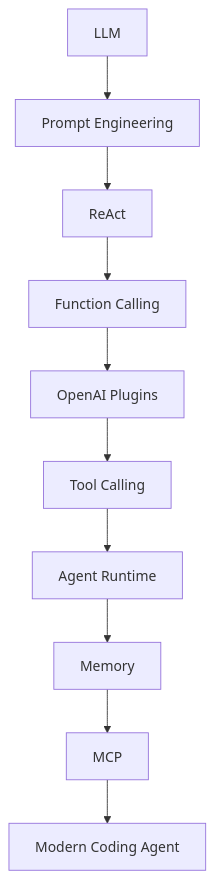
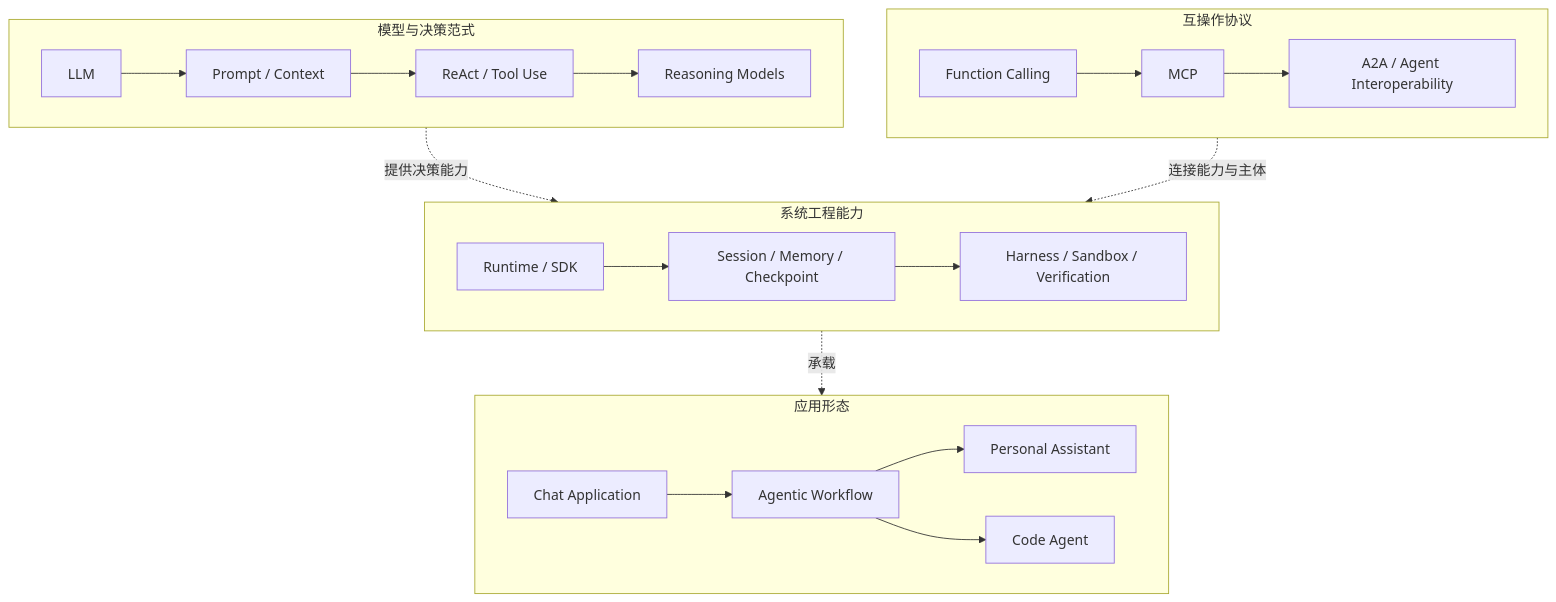
The first of 4 diagrams in docs/chapters/01-introduction/README.md (dollarser/modern-ai-agent-architecture), drawn with Mermaid before and after one commit. The commit also changed other lines of this file and 27 other files, not shown here.

````diff
--- a/docs/chapters/01-introduction/README.md
+++ b/docs/chapters/01-introduction/README.md
@@ -111,12 +119,28 @@
 ```mermaid
-flowchart TD
-    A[LLM] --> B[Prompt Engineering]
-    B --> E[ReAct]
-    E --> C[Function Calling]
-    C --> D[OpenAI Plugins]
-    D --> F[Tool Calling]
-    F --> G[Agent Runtime]
-    G --> H[Memory]
-    H --> I[MCP]
-    I --> J[Modern Coding Agent]
+flowchart TB
+    subgraph Model[模型与决策范式]
+        direction LR
+        LLM[LLM] --> Prompt[Prompt / Context]
+        Prompt --> ReAct[ReAct / Tool Use]
+        ReAct --> Reasoning[Reasoning Models]
+    end
+    subgraph System[系统工程能力]
+        direction LR
+        Runtime[Runtime / SDK] --> State[Session / Memory / Checkpoint]
+        State --> Harness[Harness / Sandbox / Verification]
+    end
+    subgraph Interop[互操作协议]
+        direction LR
+        FC[Function Calling] --> MCP[MCP]
+        MCP --> A2A[A2A / Agent Interoperability]
+    end
+    subgraph Products[应用形态]
+        direction LR
+        Chat[Chat Application] --> Workflow[Agentic Workflow]
+        Workflow --> Assistant[Personal Assistant]
+        Workflow --> Code[Code Agent]
+    end
+    Model -.提供决策能力.-> System
+    System -.承载.-> Products
+    Interop -.连接能力与主体.-> System
 ```
````
